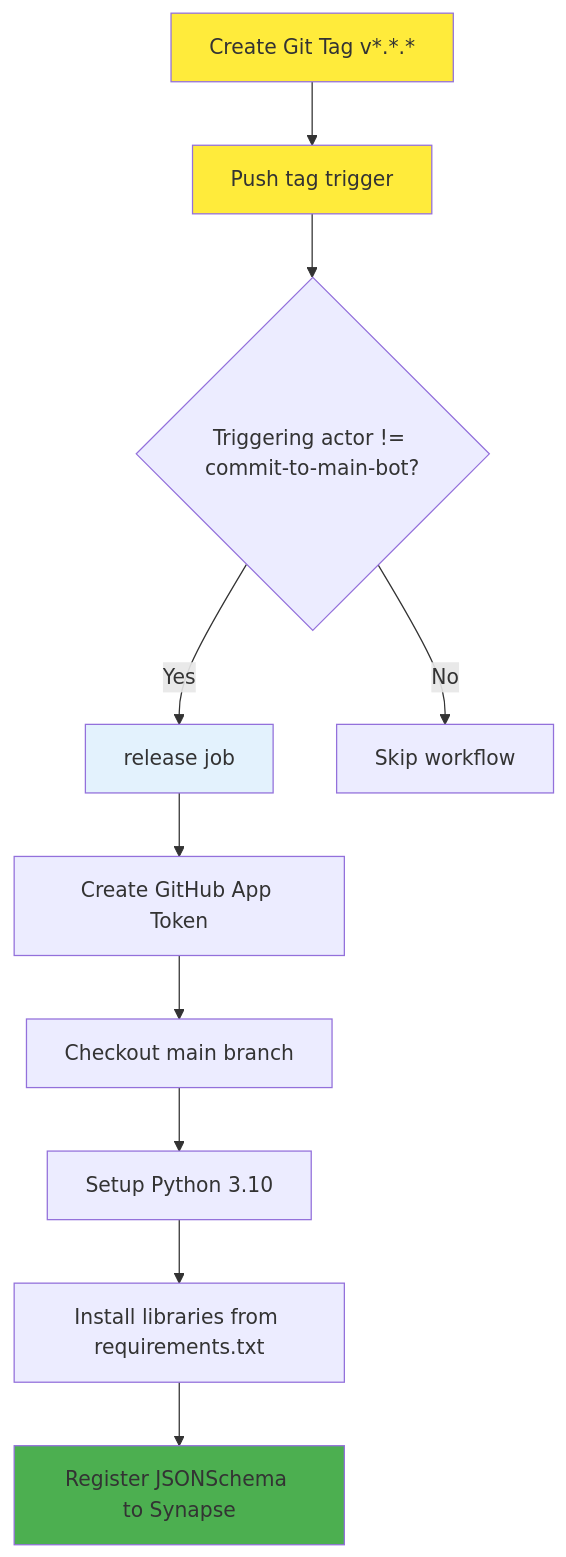
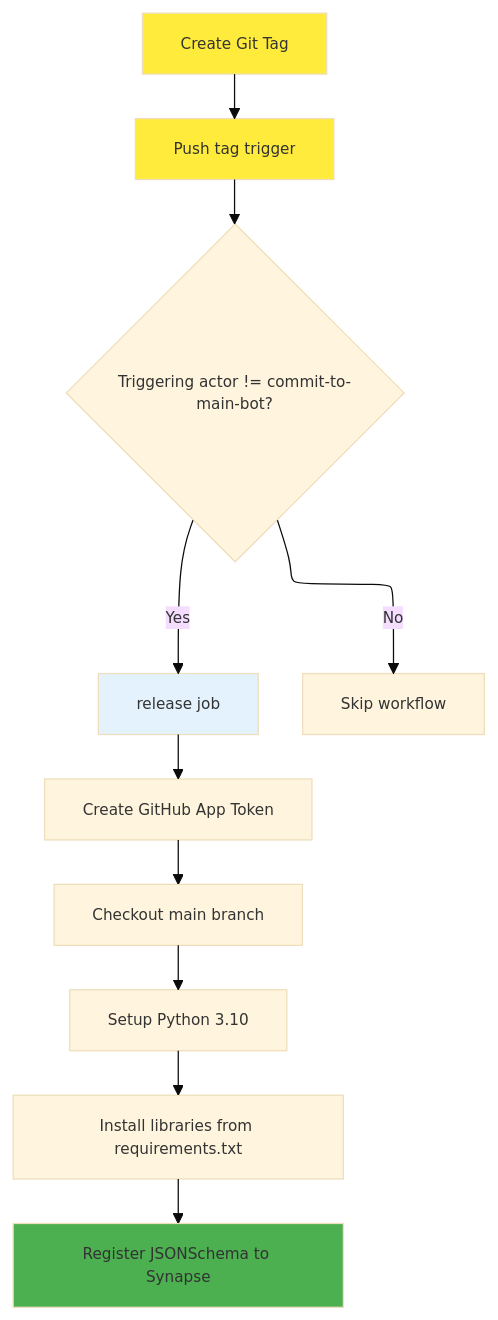
Before and after one commit to adknowledgeportal/data-models: the second of 2 diagrams in .github/workflows/README.md, drawn with Mermaid. The commit also changed other lines of this file, not shown here.

````diff
--- a/.github/workflows/README.md
+++ b/.github/workflows/README.md
@@ -108,19 +122,20 @@
 ```mermaid
+%%{init: {"flowchart": {"defaultRenderer": "elk"}, "theme": "base", "themeVariables": {"fontSize": "12px"}}}%%
     flowchart TD
-    A[Create Git Tag v*.*.*] --> B[Push tag trigger]
+    A[Create Git Tag] --> B[Push tag trigger]
     
     B --> C{Triggering actor != commit-to-main-bot?}
     C -->|Yes| D[release job]
     C -->|No| Z[Skip workflow]
     
     D --> D1[Create GitHub App Token]
     D1 --> D2[Checkout main branch]
     D2 --> D3[Setup Python 3.10]
     D3 --> D4[Install libraries from requirements.txt]
     D4 --> D5[Register JSONSchema to Synapse]
     
     style A fill:#ffeb3b
     style B fill:#ffeb3b
     style D fill:#e3f2fd
     style D5 fill:#4caf50
 ```
````
